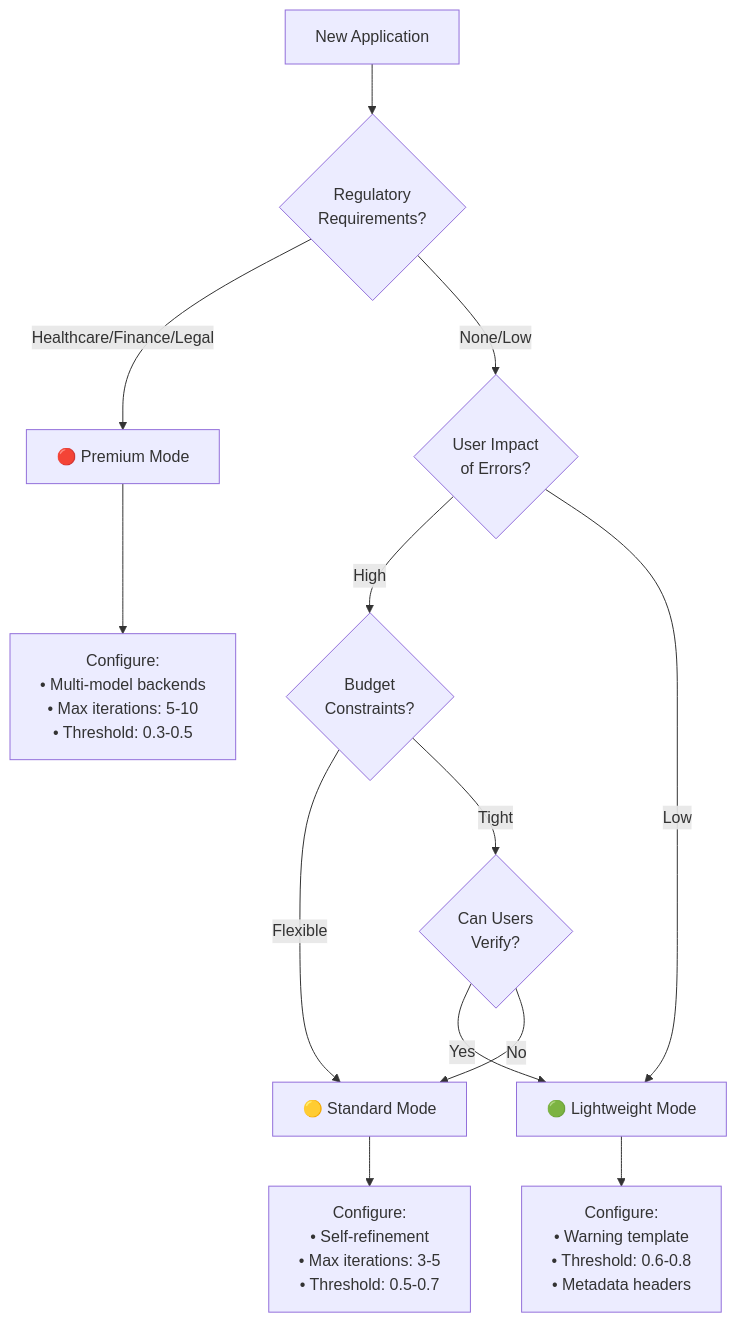
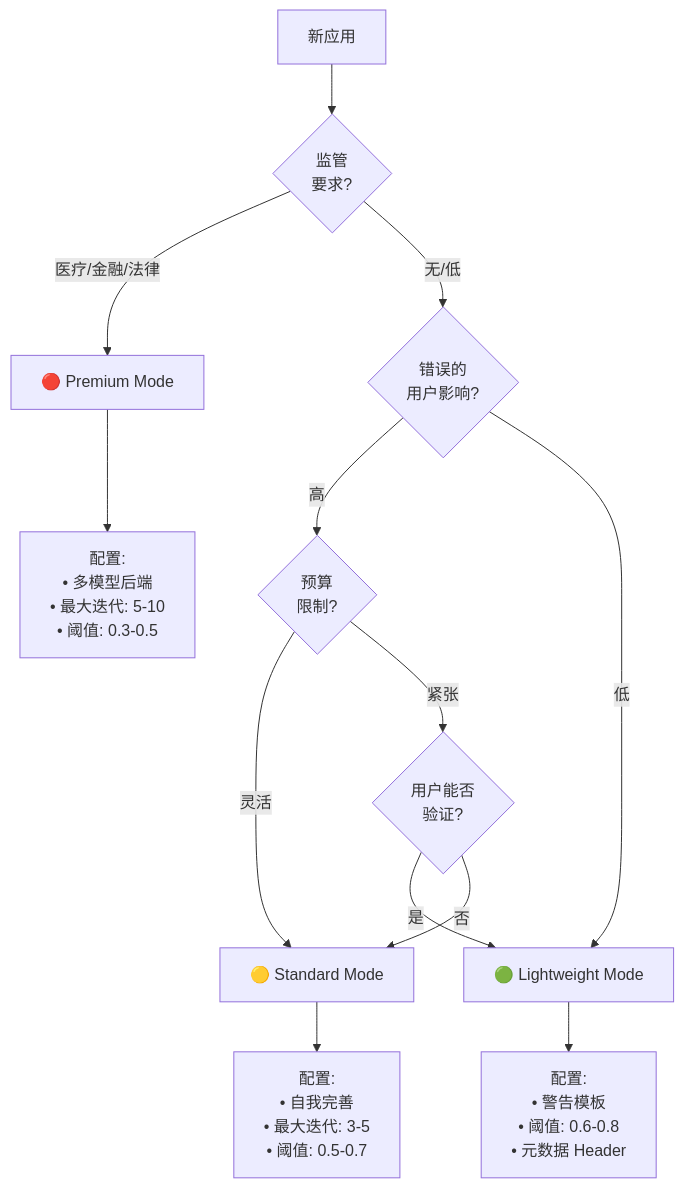
Diagram 13 of 14 in website/i18n/zh-Hans/docusaurus-plugin-content-docs/current/proposals/hallucination-mitigation-milestone.md (vllm-project/semantic-router), drawn with Mermaid before and after one commit. The commit also changed other lines of this file and 7 other files, not shown here.

````diff
--- a/website/i18n/zh-Hans/docusaurus-plugin-content-docs/current/proposals/hallucination-mitigation-milestone.md
+++ b/website/i18n/zh-Hans/docusaurus-plugin-content-docs/current/proposals/hallucination-mitigation-milestone.md
@@ -1057,22 +1065,22 @@
 ```mermaid
 flowchart TD
-    START[New Application] --> Q1{Regulatory<br/>Requirements?}
+    START[新应用] --> Q1{监管<br/>要求?}
 
-    Q1 -->|Healthcare/Finance/Legal| P[🔴 Premium Mode]
-    Q1 -->|None/Low| Q2{User Impact<br/>of Errors?}
+    Q1 -->|医疗/金融/法律| P[🔴 Premium Mode]
+    Q1 -->|无/低| Q2{错误的<br/>用户影响?}
 
-    Q2 -->|High| Q3{Budget<br/>Constraints?}
-    Q2 -->|Low| L[🟢 Lightweight Mode]
+    Q2 -->|高| Q3{预算<br/>限制?}
+    Q2 -->|低| L[🟢 Lightweight Mode]
 
-    Q3 -->|Flexible| S[🟡 Standard Mode]
-    Q3 -->|Tight| Q4{Can Users<br/>Verify?}
+    Q3 -->|灵活| S[🟡 Standard Mode]
+    Q3 -->|紧张| Q4{用户能否<br/>验证?}
 
-    Q4 -->|Yes| L
-    Q4 -->|No| S
+    Q4 -->|是| L
+    Q4 -->|否| S
 
-    P --> CONFIG_P[Configure:<br/>• Multi-model backends<br/>• Max iterations: 5-10<br/>• Threshold: 0.3-0.5]
+    P --> CONFIG_P[配置:<br/>• 多模型后端<br/>• 最大迭代: 5-10<br/>• 阈值: 0.3-0.5]
 
-    S --> CONFIG_S[Configure:<br/>• Self-refinement<br/>• Max iterations: 3-5<br/>• Threshold: 0.5-0.7]
+    S --> CONFIG_S[配置:<br/>• 自我完善<br/>• 最大迭代: 3-5<br/>• 阈值: 0.5-0.7]
 
-    L --> CONFIG_L[Configure:<br/>• Warning template<br/>• Threshold: 0.6-0.8<br/>• Metadata headers]
+    L --> CONFIG_L[配置:<br/>• 警告模板<br/>• 阈值: 0.6-0.8<br/>• 元数据 Header]
 ```
````
